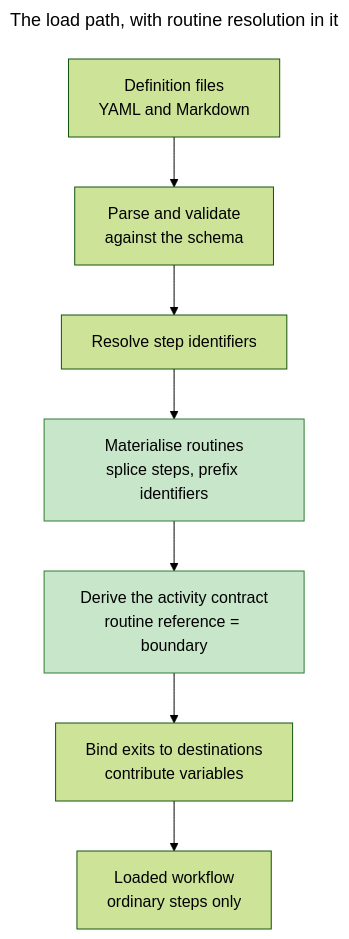
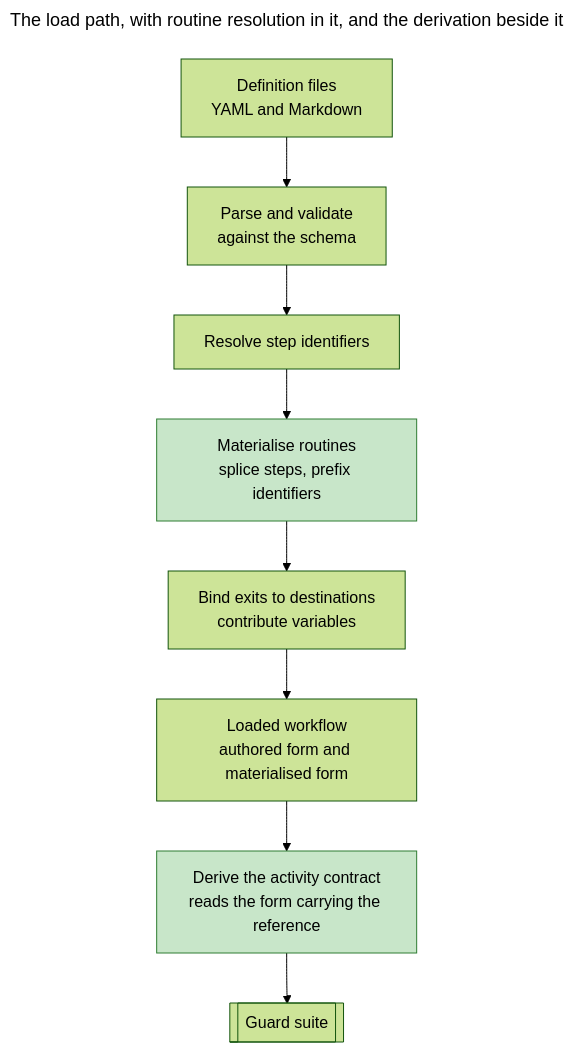
Before and after one commit to m2ux/workflow-server: the third of 9 diagrams in artifacts/planning/2026-09-03-routines/README.md, drawn with Mermaid (forest theme). The commit also changed other lines of this file and 22 other files, not shown here.

````diff
--- a/artifacts/planning/2026-09-03-routines/README.md
+++ b/artifacts/planning/2026-09-03-routines/README.md
@@ -333,18 +399,20 @@
 ```mermaid
 ---
-title: The load path, with routine resolution in it
+title: The load path, with routine resolution in it, and the derivation beside it
 ---
 flowchart TB
     Files[Definition files<br/>YAML and Markdown]
     Parse[Parse and validate<br/>against the schema]
     Ids[Resolve step identifiers]
     Mat[Materialise routines<br/>splice steps, prefix identifiers]
-    Derive[Derive the activity contract<br/>routine reference = boundary]
     Bind[Bind exits to destinations<br/>contribute variables]
-    Ready[Loaded workflow<br/>ordinary steps only]
+    Ready[Loaded workflow<br/>authored form and materialised form]
+    Derive[Derive the activity contract<br/>reads the form carrying the reference]
+    Guards[[Guard suite]]
 
-    Files --> Parse --> Ids --> Mat --> Derive --> Bind --> Ready
+    Files --> Parse --> Ids --> Mat --> Bind --> Ready
+    Ready --> Derive --> Guards
 
     style Mat fill:#c8e6c9,stroke:#2e7d32
     style Derive fill:#c8e6c9,stroke:#2e7d32
 ```
````
